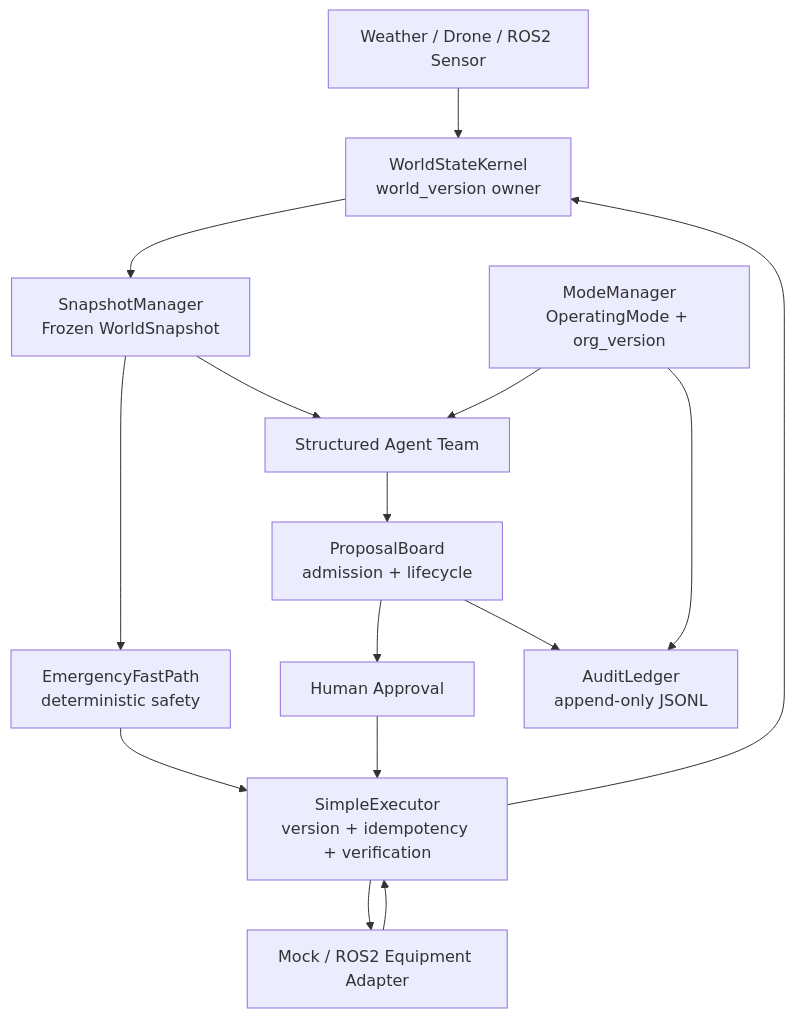
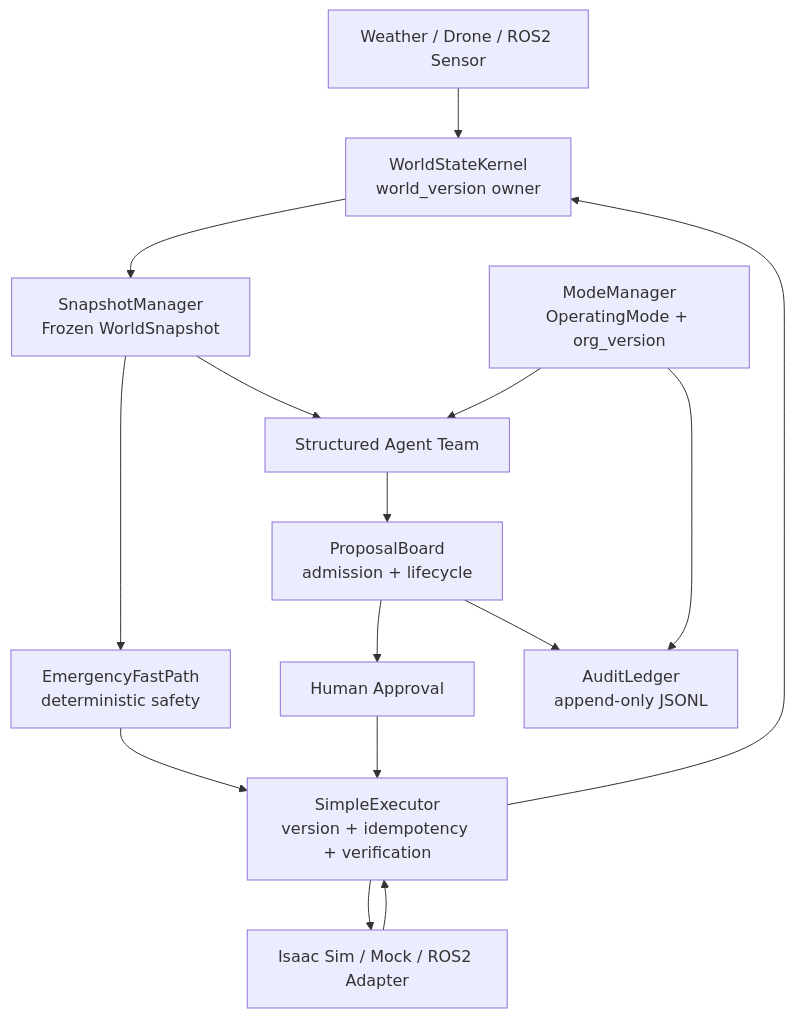
The second of 2 diagrams in README_EN.md (Agneshao/dynamic-agent-of-physical-AI-), drawn with Mermaid before and after one commit. The commit also changed other lines of this file and 1 other file, not shown here.

Commit message:
docs: document DGX and Isaac simulation platform

````diff
--- a/README_EN.md
+++ b/README_EN.md
@@ -90,29 +101,29 @@
 ```mermaid
 flowchart TB
     SENSOR[Weather / Drone / ROS2 Sensor]
     KERNEL[WorldStateKernel<br/>world_version owner]
     SNAPSHOT[SnapshotManager<br/>Frozen WorldSnapshot]
     FAST[EmergencyFastPath<br/>deterministic safety]
     MODE[ModeManager<br/>OperatingMode + org_version]
     AGENTS[Structured Agent Team]
     BOARD[ProposalBoard<br/>admission + lifecycle]
     APPROVAL[Human Approval]
     EXECUTOR[SimpleExecutor<br/>version + idempotency + verification]
-    ADAPTER[Mock / ROS2 Equipment Adapter]
+    ADAPTER[Isaac Sim / Mock / ROS2 Adapter]
     LEDGER[AuditLedger<br/>append-only JSONL]
 
     SENSOR --> KERNEL
     KERNEL --> SNAPSHOT
     SNAPSHOT --> FAST
     SNAPSHOT --> AGENTS
     MODE --> AGENTS
     AGENTS --> BOARD
     BOARD --> APPROVAL
     APPROVAL --> EXECUTOR
     FAST --> EXECUTOR
     EXECUTOR --> ADAPTER
     ADAPTER --> EXECUTOR
     EXECUTOR --> KERNEL
     MODE --> LEDGER
     BOARD --> LEDGER
 ```
````
